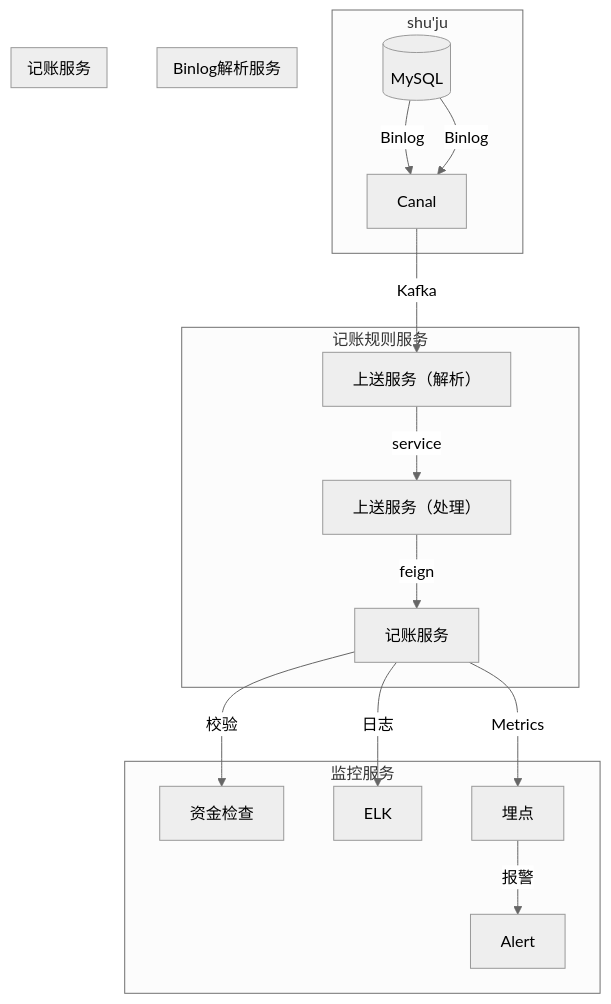
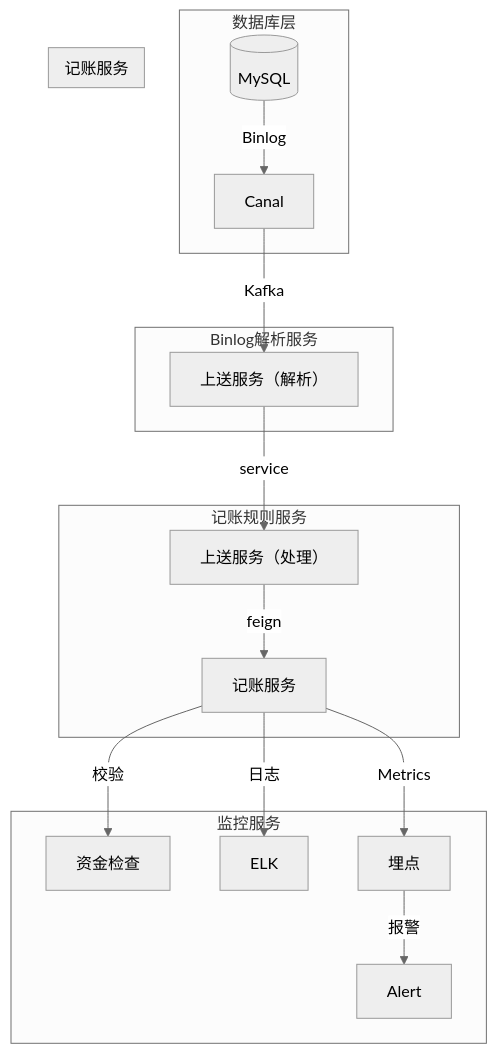
The diagram in all/记账架构图.md (87828943/iodraw-files), drawn with Mermaid (neutral theme) before and after one commit.

Commit message:
2025-07-07 14:39:35 update

````diff
--- a/all/记账架构图.md
+++ b/all/记账架构图.md
@@ -1,23 +1,23 @@
 ```mermaid
 graph TB
-    subgraph shu'ju
+    subgraph 数据库层
         DB[(MySQL)] -->|Binlog| Canal
     end
     subgraph Binlog解析服务
-        DB[(MySQL)] -->|Binlog| Canal
+        Canal -->|Kafka| Parser[上送服务（解析）]
     end
     subgraph 记账规则服务
-        Canal -->|Kafka| Parser[上送服务（解析）]
+        
         Parser -->|service| Engine[上送服务（处理）]
         Engine -->|feign| Accounting[记账服务]
     end
     subgraph 记账服务
        
     end
     subgraph 监控服务
         Accounting --> |校验| 资金检查
         Accounting -->|日志| ELK
         Accounting -->|Metrics| 埋点
         埋点 -->|报警| Alert
     end
 ```
````
